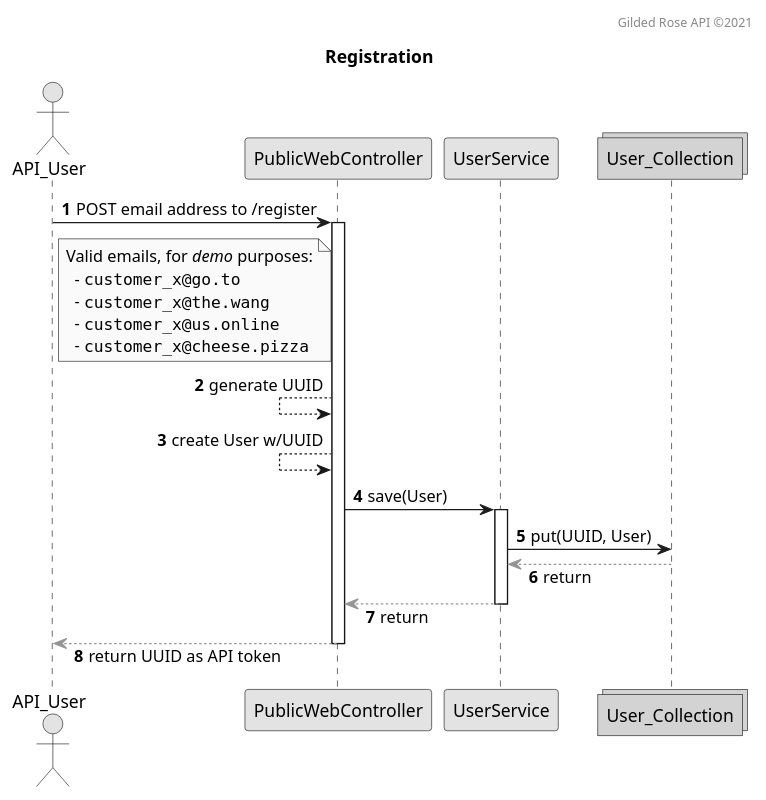
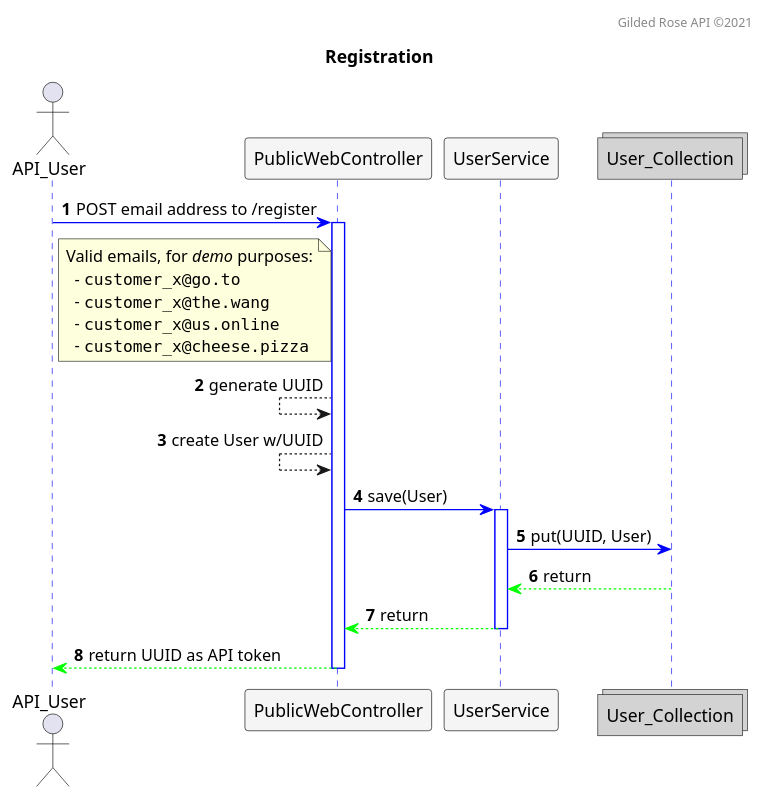
Before and after one commit to bladewheels/GildedRoseAPI: the diagram in src/main/resources/seq.register.puml, drawn with PlantUML.

```diff
--- a/src/main/resources/seq.register.puml
+++ b/src/main/resources/seq.register.puml
@@ -1,33 +1,38 @@
 @startuml
-skinparam monochrome true
-skinparam responseMessageBelowArrow true
+skinparam sequence {
+responseMessageBelowArrow true
+ActorBorderColor Black
+LifeLineBorderColor Blue
+ParticipantBorderColor Black
+ParticipantBackgroundColor WhiteSmoke
+}
 autonumber
 
 title Registration
 header Gilded Rose API ©2021
 
 actor API_User
 participant PublicWebController
 participant UserService
 collections User_Collection #D3D3D3
 
 API_User -[#0000FF]> PublicWebController : POST email address to /register
 note right of API_User
  Valid emails, for //demo// purposes:
    - ""customer_x@go.to""
    - ""customer_x@the.wang""
    - ""customer_x@us.online""
    - ""customer_x@cheese.pizza""
 end note
 activate PublicWebController
 PublicWebController <-- PublicWebController : generate UUID
 PublicWebController <-- PublicWebController : create User w/UUID
 PublicWebController -[#0000FF]> UserService : save(User)
 activate UserService
 UserService -[#0000FF]> User_Collection : put(UUID, User)
 UserService <[#00FF00]-- User_Collection : return
 PublicWebController <[#00FF00]-- UserService : return
 deactivate UserService
 API_User <[#00FF00]-- PublicWebController : return UUID as API token
 deactivate PublicWebController
 @enduml
```
